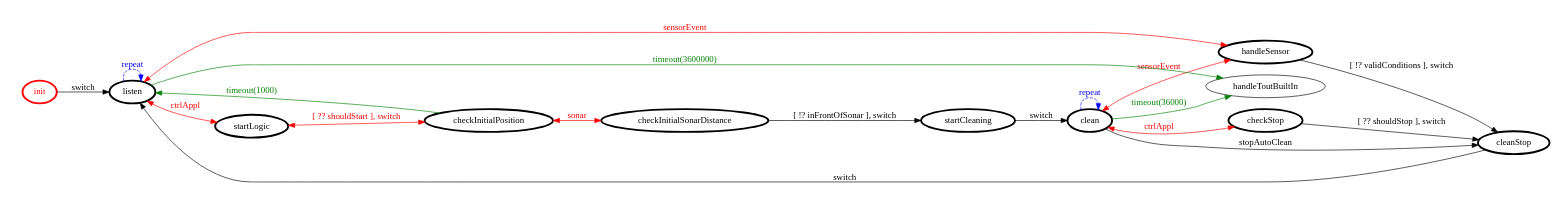
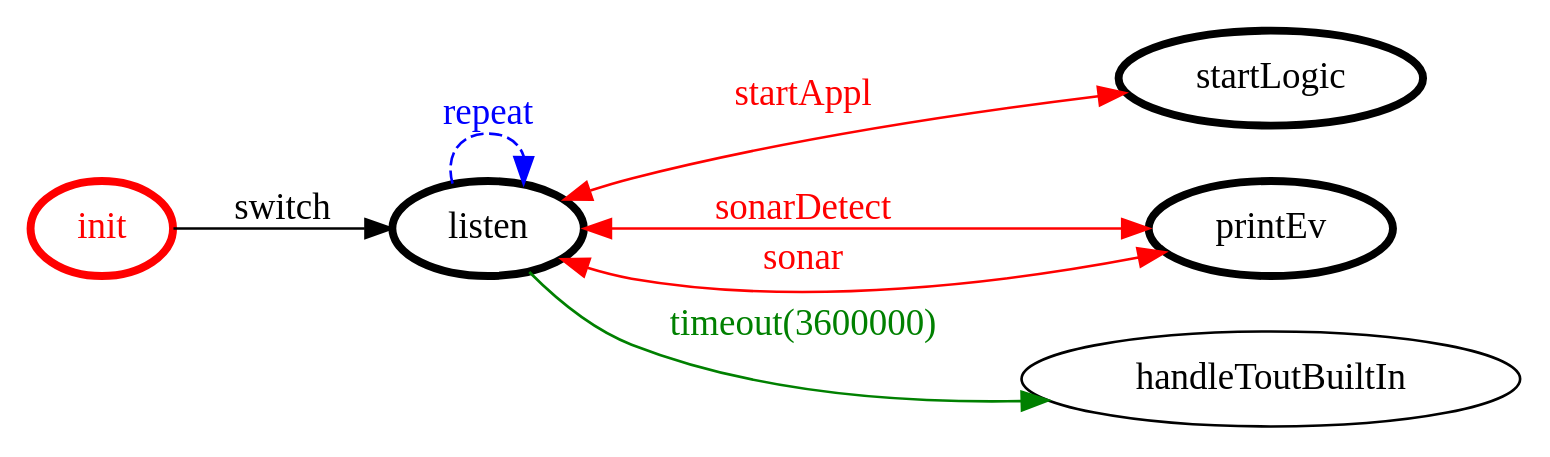
The diagram in it.unibo.finaltask/srcMore/it/unibo/webguiexecutor/webguiexecutor.gv (piscoTech/uniboIss2018), drawn with Graphviz before and after one commit. The commit also changed 14 other files, not shown here.

```diff
--- a/it.unibo.finaltask/srcMore/it/unibo/webguiexecutor/webguiexecutor.gv
+++ b/it.unibo.finaltask/srcMore/it/unibo/webguiexecutor/webguiexecutor.gv
@@ -1,41 +1,23 @@
 /*
 *
 * A GraphViz DOT FSM description 
 * Please use a GraphViz visualizer (like http://www.webgraphviz.com)
 *  
 */
 
 digraph finite_state_machine {
 	rankdir=LR
 	size="8,5"
 	
 	init [ color = red ][ fontcolor = red ][ penwidth = 3 ]
 	startLogic [ color = black ][ fontcolor = black ][ penwidth = 3 ]
-	handleSensor [ color = black ][ fontcolor = black ][ penwidth = 3 ]
-	checkInitialSonarDistance [ color = black ][ fontcolor = black ][ penwidth = 3 ]
-	startCleaning [ color = black ][ fontcolor = black ][ penwidth = 3 ]
-	checkStop [ color = black ][ fontcolor = black ][ penwidth = 3 ]
-	clean [ color = black ][ fontcolor = black ][ penwidth = 3 ]
-	cleanStop [ color = black ][ fontcolor = black ][ penwidth = 3 ]
+	printEv [ color = black ][ fontcolor = black ][ penwidth = 3 ]
 	listen [ color = black ][ fontcolor = black ][ penwidth = 3 ]
-	checkInitialPosition [ color = black ][ fontcolor = black ][ penwidth = 3 ]
 	
-	startLogic -> checkInitialPosition [ label = "[ ?? shouldStart ], switch" ][ color = red ][ fontcolor = red ][ dir = both ]
-	clean -> clean [ label = "repeat "][ style = dashed ][ color = blue ][ fontcolor = blue ]
-	clean -> handleToutBuiltIn [ label = "timeout(36000)" ][ color = green ][ fontcolor = green ]
-	listen -> startLogic [ label = "ctrlAppl" ][ color = red ][ fontcolor = red ][ dir = both ]
-	cleanStop -> listen [ label = "switch" ][ color = black ][ fontcolor = black ]
-	checkInitialPosition -> checkInitialSonarDistance [ label = "sonar" ][ color = red ][ fontcolor = red ][ dir = both ]
-	clean -> handleSensor [ label = "sensorEvent" ][ color = red ][ fontcolor = red ][ dir = both ]
-	listen -> handleSensor [ label = "sensorEvent" ][ color = red ][ fontcolor = red ][ dir = both ]
-	checkInitialPosition -> listen [ label = "timeout(1000)" ][ color = green ][ fontcolor = green ]
-	startCleaning -> clean [ label = "switch" ][ color = black ][ fontcolor = black ]
-	checkInitialSonarDistance -> startCleaning [ label = "[ !? inFrontOfSonar ], switch" ][ color = black ][ fontcolor = black ]
+	listen -> listen [ label = "repeat "][ style = dashed ][ color = blue ][ fontcolor = blue ]
+	listen -> printEv [ label = "sonarDetect" ][ color = red ][ fontcolor = red ][ dir = both ]
+	init -> listen [ label = "switch" ][ color = black ][ fontcolor = black ]
+	listen -> printEv [ label = "sonar" ][ color = red ][ fontcolor = red ][ dir = both ]
+	listen -> startLogic [ label = "startAppl" ][ color = red ][ fontcolor = red ][ dir = both ]
 	listen -> handleToutBuiltIn [ label = "timeout(3600000)" ][ color = green ][ fontcolor = green ]
-	listen -> listen [ label = "repeat "][ style = dashed ][ color = blue ][ fontcolor = blue ]
-	clean -> cleanStop [ label = "stopAutoClean" ][ color = black ][ fontcolor = black ]
-	clean -> checkStop [ label = "ctrlAppl" ][ color = red ][ fontcolor = red ][ dir = both ]
-	init -> listen [ label = "switch" ][ color = black ][ fontcolor = black ]
-	checkStop -> cleanStop [ label = "[ ?? shouldStop ], switch" ][ color = black ][ fontcolor = black ]
-	handleSensor -> cleanStop [ label = "[ !? validConditions ], switch" ][ color = black ][ fontcolor = black ]
 }
```
